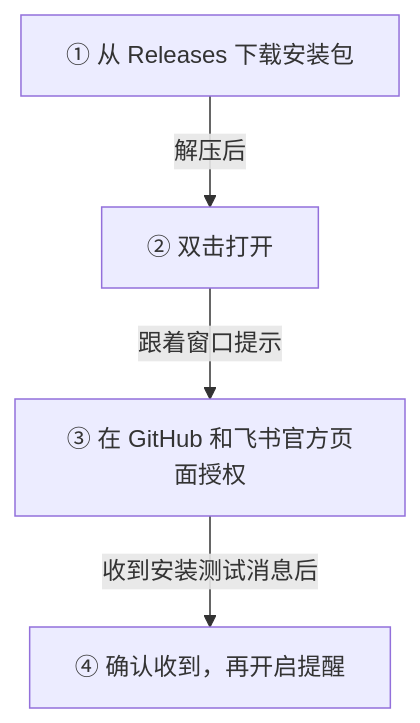
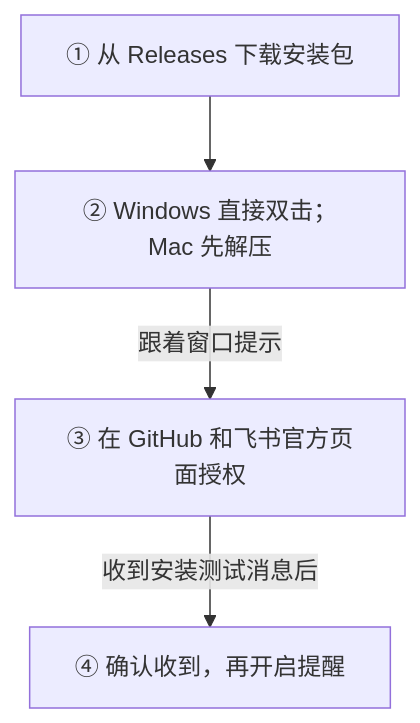
Before and after one commit to YuShenLiu06/codex-reset-monitor: the diagram in README.md, drawn with Mermaid. The commit also changed other lines of this file and 8 other files, not shown here.

````diff
--- a/README.md
+++ b/README.md
@@ -38,6 +38,6 @@
 ```mermaid
 flowchart TD
-    A[① 从 Releases 下载安装包] -->|解压后| B[② 双击打开]
+    A[① 从 Releases 下载安装包] --> B[② Windows 直接双击；Mac 先解压]
     B -->|跟着窗口提示| C[③ 在 GitHub 和飞书官方页面授权]
     C -->|收到安装测试消息后| D[④ 确认收到，再开启提醒]
 ```
````
